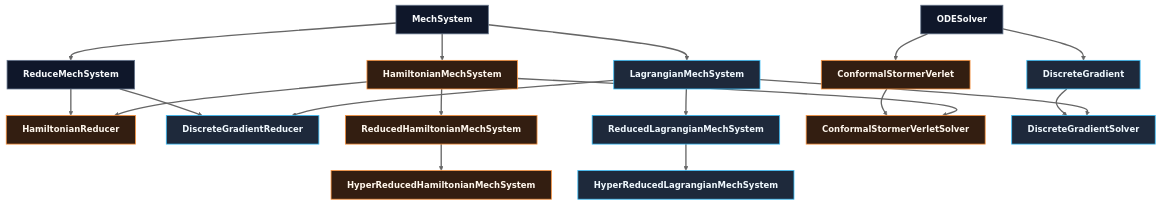
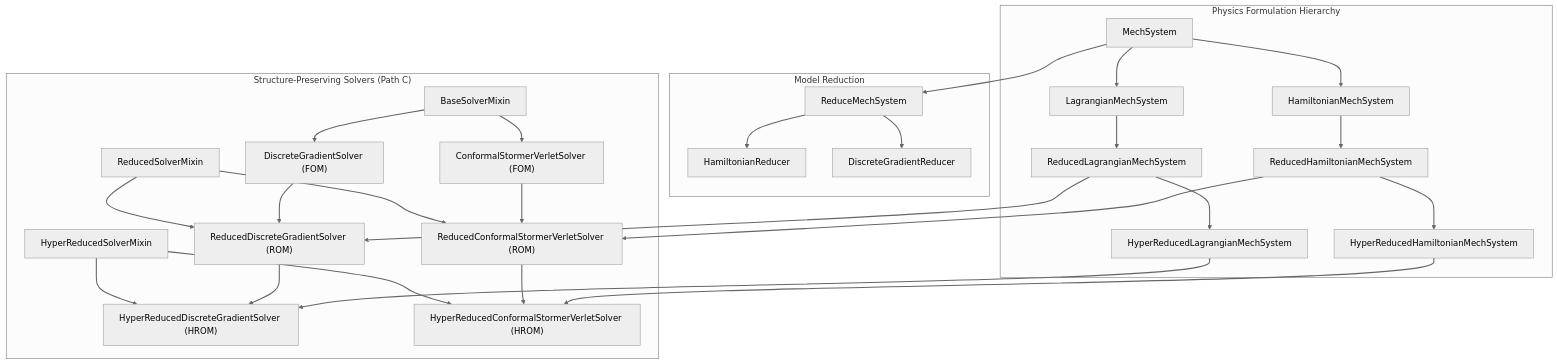
The diagram in README.md (ashishbhatt8050/constrained_mechanics), drawn with Mermaid (neutral theme) before and after one commit. The commit also changed other lines of this file and 7 other files, not shown here.

First line of the commit message:
Refactor solver hierarchy (Path C mixins), implement structured reduced basis, and add prediction sanity checks

````diff
--- a/README.md
+++ b/README.md
@@ -22,45 +25,64 @@
 ```mermaid
 flowchart TD
-    MechSystem[MechSystem]
-    HamiltonianMechSystem[HamiltonianMechSystem]
-    LagrangianMechSystem[LagrangianMechSystem]
-    ReduceMechSystem[ReduceMechSystem]
-    HamiltonianReducer[HamiltonianReducer]
-    DiscreteGradientReducer[DiscreteGradientReducer]
-    ReducedHamiltonianMechSystem[ReducedHamiltonianMechSystem]
-    ReducedLagrangianMechSystem[ReducedLagrangianMechSystem]
-    HyperReducedHamiltonianMechSystem[HyperReducedHamiltonianMechSystem]
-    HyperReducedLagrangianMechSystem[HyperReducedLagrangianMechSystem]
-    ODESolver[ODESolver]
-    ConformalStormerVerlet[ConformalStormerVerlet]
-    DiscreteGradient[DiscreteGradient]
-    ConformalStormerVerletSolver[ConformalStormerVerletSolver]
-    DiscreteGradientSolver[DiscreteGradientSolver]
+    subgraph Physics["Physics Formulation Hierarchy"]
+        MechSystem["MechSystem"]
+        HamiltonianMechSystem["HamiltonianMechSystem"]
+        LagrangianMechSystem["LagrangianMechSystem"]
+        ReducedHamiltonianMechSystem["ReducedHamiltonianMechSystem"]
+        ReducedLagrangianMechSystem["ReducedLagrangianMechSystem"]
+        HyperReducedHamiltonianMechSystem["HyperReducedHamiltonianMechSystem"]
+        HyperReducedLagrangianMechSystem["HyperReducedLagrangianMechSystem"]
 
-    MechSystem --> HamiltonianMechSystem
-    MechSystem --> LagrangianMechSystem
-    MechSystem --> ReduceMechSystem
-    ReduceMechSystem --> HamiltonianReducer
-    HamiltonianMechSystem --> HamiltonianReducer
-    ReduceMechSystem --> DiscreteGradientReducer
-    LagrangianMechSystem --> DiscreteGradientReducer
-    HamiltonianMechSystem --> ReducedHamiltonianMechSystem
-    LagrangianMechSystem --> ReducedLagrangianMechSystem
-    ReducedHamiltonianMechSystem --> HyperReducedHamiltonianMechSystem
-    ReducedLagrangianMechSystem --> HyperReducedLagrangianMechSystem
-    ODESolver --> DiscreteGradient
-    ODESolver --> ConformalStormerVerlet
-    DiscreteGradient --> DiscreteGradientSolver
-    LagrangianMechSystem --> DiscreteGradientSolver
-    ConformalStormerVerlet --> ConformalStormerVerletSolver
-    HamiltonianMechSystem --> ConformalStormerVerletSolver
+        MechSystem --> HamiltonianMechSystem
+        MechSystem --> LagrangianMechSystem
+        HamiltonianMechSystem --> ReducedHamiltonianMechSystem
+        LagrangianMechSystem --> ReducedLagrangianMechSystem
+        ReducedHamiltonianMechSystem --> HyperReducedHamiltonianMechSystem
+        ReducedLagrangianMechSystem --> HyperReducedLagrangianMechSystem
+    end
 
+    subgraph Reduction["Model Reduction"]
+        ReduceMechSystem["ReduceMechSystem"]
+        HamiltonianReducer["HamiltonianReducer"]
+        DiscreteGradientReducer["DiscreteGradientReducer"]
 
-    linkStyle default stroke-width:2.5px;
+        MechSystem --> ReduceMechSystem
+        ReduceMechSystem --> HamiltonianReducer
+        ReduceMechSystem --> DiscreteGradientReducer
+    end
 
-    classDef lagrangian fill:#1e293b,stroke:#38bdf8,color:#f0f9ff,stroke-width:1.5px,font-weight:bold;
-    classDef hamiltonian fill:#331e11,stroke:#fb923c,color:#fff7ed,stroke-width:1.5px,font-weight:bold;
-    classDef default fill:#0f172a,stroke:#64748b,color:#f8fafc,stroke-width:1.5px,font-weight:bold;
-    class LagrangianMechSystem,DiscreteGradient,DiscreteGradientSolver,DiscreteGradientReducer,ReducedLagrangianMechSystem,HyperReducedLagrangianMechSystem lagrangian;
-    class HamiltonianMechSystem,ConformalStormerVerlet,ConformalStormerVerletSolver,HamiltonianReducer,ReducedHamiltonianMechSystem,HyperReducedHamiltonianMechSystem hamiltonian;
+    subgraph Solvers["Structure-Preserving Solvers (Path C)"]
+        BaseSolverMixin["BaseSolverMixin"]
+        ReducedSolverMixin["ReducedSolverMixin"]
+        HyperReducedSolverMixin["HyperReducedSolverMixin"]
+
+        DiscreteGradientSolver["DiscreteGradientSolver (FOM)"]
+        ReducedDiscreteGradientSolver["ReducedDiscreteGradientSolver (ROM)"]
+        HyperReducedDiscreteGradientSolver["HyperReducedDiscreteGradientSolver (HROM)"]
+
+        ConformalStormerVerletSolver["ConformalStormerVerletSolver (FOM)"]
+        ReducedConformalStormerVerletSolver["ReducedConformalStormerVerletSolver (ROM)"]
+        HyperReducedConformalStormerVerletSolver["HyperReducedConformalStormerVerletSolver (HROM)"]
+
+        BaseSolverMixin --> DiscreteGradientSolver
+        BaseSolverMixin --> ConformalStormerVerletSolver
+
+        ReducedSolverMixin --> ReducedDiscreteGradientSolver
+        DiscreteGradientSolver --> ReducedDiscreteGradientSolver
+        ReducedLagrangianMechSystem --> ReducedDiscreteGradientSolver
+
+        HyperReducedSolverMixin --> HyperReducedDiscreteGradientSolver
+        ReducedDiscreteGradientSolver --> HyperReducedDiscreteGradientSolver
+        HyperReducedLagrangianMechSystem --> HyperReducedDiscreteGradientSolver
+
+        ReducedSolverMixin --> ReducedConformalStormerVerletSolver
+        ConformalStormerVerletSolver --> ReducedConformalStormerVerletSolver
+        ReducedHamiltonianMechSystem --> ReducedConformalStormerVerletSolver
+
+        HyperReducedSolverMixin --> HyperReducedConformalStormerVerletSolver
+        ReducedConformalStormerVerletSolver --> HyperReducedConformalStormerVerletSolver
+        HyperReducedHamiltonianMechSystem --> HyperReducedConformalStormerVerletSolver
+    end
+
+    linkStyle default stroke-width:2px;
 ```
````
